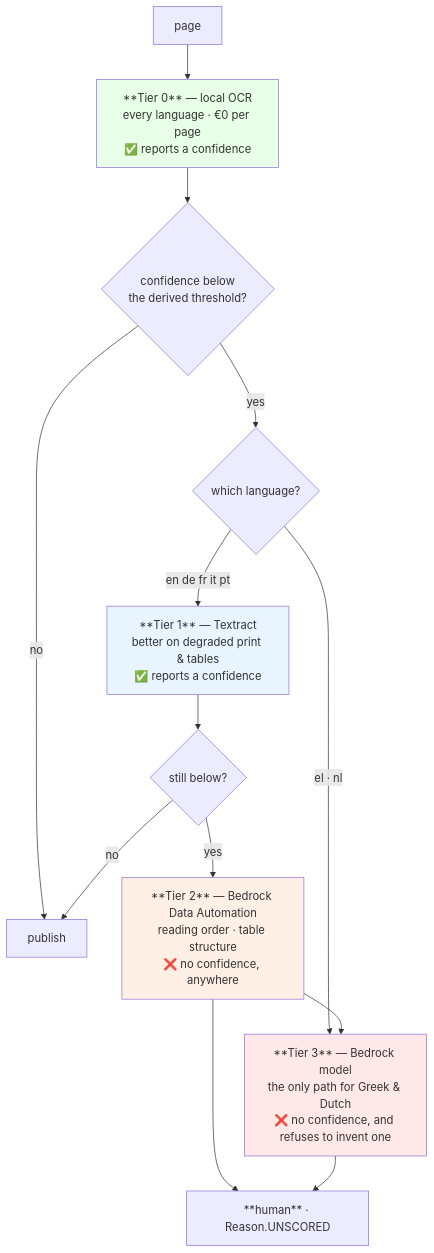
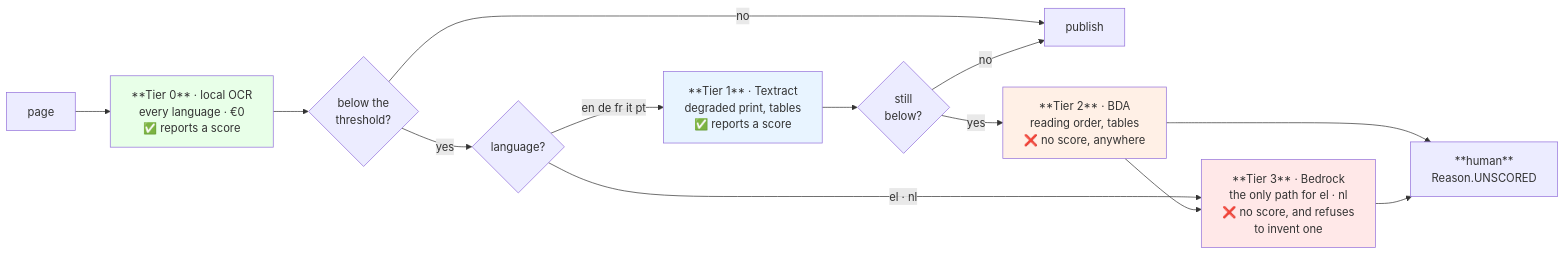
Before and after one commit to theofanis-tsakanikas/manifest: the third of 4 diagrams in notes/ARCHITECTURE.md, drawn with Mermaid. The commit also changed other lines of this file and 2 other files, not shown here.

First line of the commit message:
docs(notes): the architecture note, and a PDF of it with the diagrams rendered

````diff
--- a/notes/ARCHITECTURE.md
+++ b/notes/ARCHITECTURE.md
@@ -97,23 +95,22 @@
 ```mermaid
-flowchart TB
-    P["page"] --> T0["**Tier 0** — local OCR<br/>every language · €0 per page<br/>✅ reports a confidence"]
-    T0 --> Q0{"confidence below<br/>the derived threshold?"}
+flowchart LR
+    P["page"] --> T0["**Tier 0** · local OCR<br/>every language · €0<br/>✅ reports a score"]
+    T0 --> Q0{"below the<br/>threshold?"}
     Q0 -- no --> PUB["publish"]
-    Q0 -- yes --> LANG{"which language?"}
+    Q0 -- yes --> LANG{"language?"}
 
-    LANG -- "en de fr it pt" --> T1["**Tier 1** — Textract<br/>better on degraded print & tables<br/>✅ reports a confidence"]
+    LANG -- "en de fr it pt" --> T1["**Tier 1** · Textract<br/>degraded print, tables<br/>✅ reports a score"]
     LANG -- "el · nl" --> T3
 
-    T1 --> Q1{"still below?"}
+    T1 --> Q1{"still<br/>below?"}
     Q1 -- no --> PUB
-    Q1 -- yes --> T2["**Tier 2** — Bedrock Data Automation<br/>reading order · table structure<br/>❌ no confidence, anywhere"]
-
-    T2 --> T3["**Tier 3** — Bedrock model<br/>the only path for Greek & Dutch<br/>❌ no confidence, and refuses to invent one"]
+    Q1 -- yes --> T2["**Tier 2** · BDA<br/>reading order, tables<br/>❌ no score, anywhere"]
+    T2 --> T3["**Tier 3** · Bedrock<br/>the only path for el · nl<br/>❌ no score, and refuses<br/>to invent one"]
     T2 --> HU
-    T3 --> HU["**human** · Reason.UNSCORED"]
+    T3 --> HU["**human**<br/>Reason.UNSCORED"]
 
     style T0 fill:#e8ffe8
     style T1 fill:#e8f4ff
     style T2 fill:#fff0e6
     style T3 fill:#ffe8e8
 ```
````
